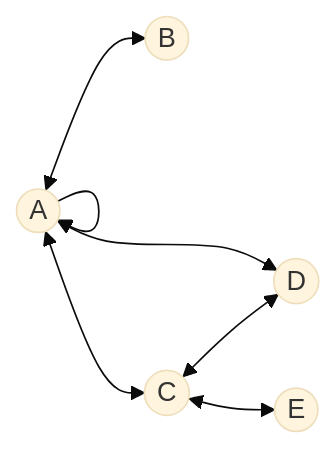
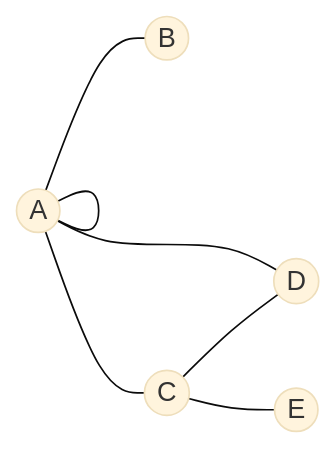
The fifth of 8 diagrams in Resumenes/Grafos.md (pala83/Practica-P3), drawn with Mermaid (base theme) before and after one commit. The commit also changed other lines of this file and 8 other files, not shown here.

````diff
--- a/Resumenes/Grafos.md
+++ b/Resumenes/Grafos.md
@@ -73,14 +73,14 @@
 ``` mermaid
 graph LR
     A((A))
     B((B))
     C((C))
     D((D))
     E((E))
-    A --> A
-    A <--> B
-    A <--> C
-    A <--> D
-    C <--> D
-    C <--> E
+    A --- A
+    A --- B
+    A --- C
+    A --- D
+    C --- D
+    C --- E
 ```
````
